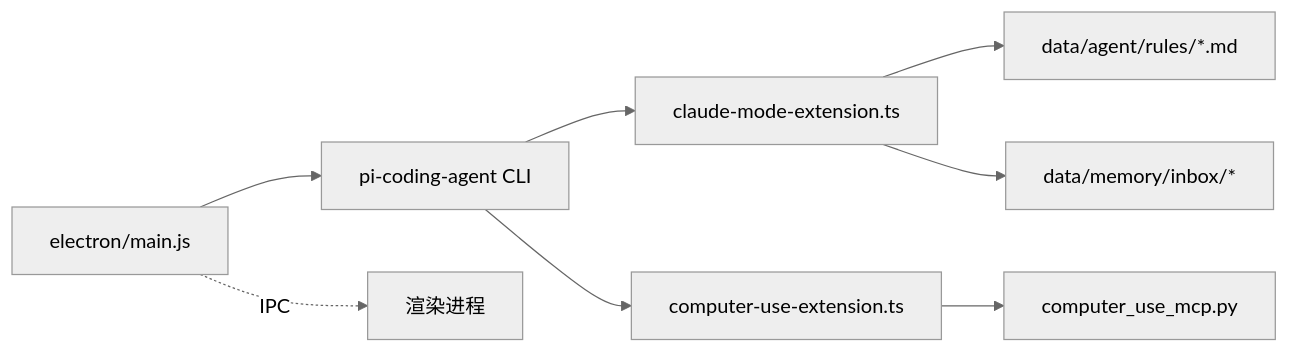
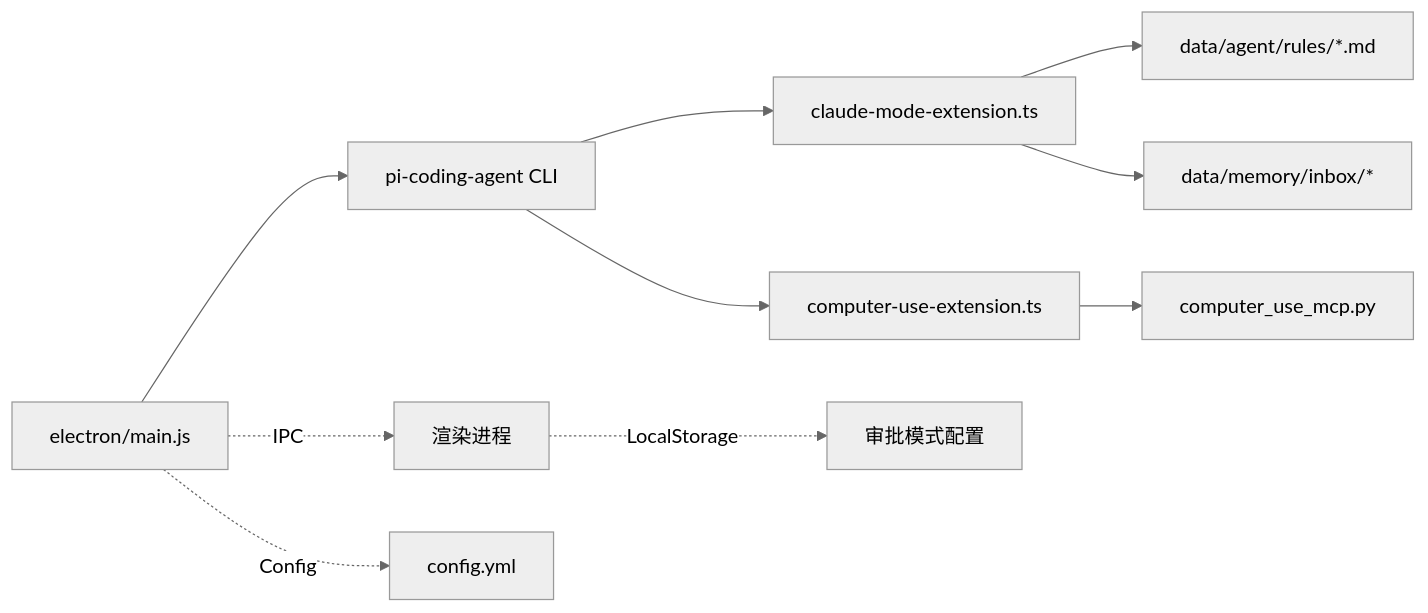
One commit to swond-Mao/Tiffa changed the sixth of 6 diagrams in .qoder/repowiki/zh/content/核心架构/扩展系统.md. Above: the diagram before and after it, drawn with Mermaid (neutral theme). The commit also changed other lines of this file and 25 other files, not shown here.

````diff
--- a/.qoder/repowiki/zh/content/核心架构/扩展系统.md
+++ b/.qoder/repowiki/zh/content/核心架构/扩展系统.md
@@ -308,10 +341,12 @@
 ```mermaid
 graph LR
 Main["electron/main.js"] --> CLI["pi-coding-agent CLI"]
 CLI --> Ext["claude-mode-extension.ts"]
 CLI --> CUE["computer-use-extension.ts"]
 Ext --> Rules["data/agent/rules/*.md"]
 Ext --> Inbox["data/memory/inbox/*"]
 CUE --> MCP["computer_use_mcp.py"]
 Main -. IPC .-> Renderer["渲染进程"]
+Main -. Config .-> Config["config.yml"]
+Renderer -. LocalStorage .-> Storage["审批模式配置"]
 ```
````
